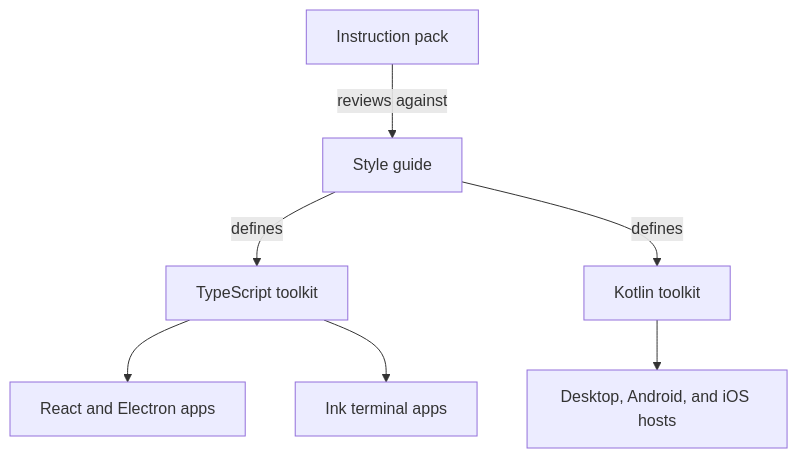
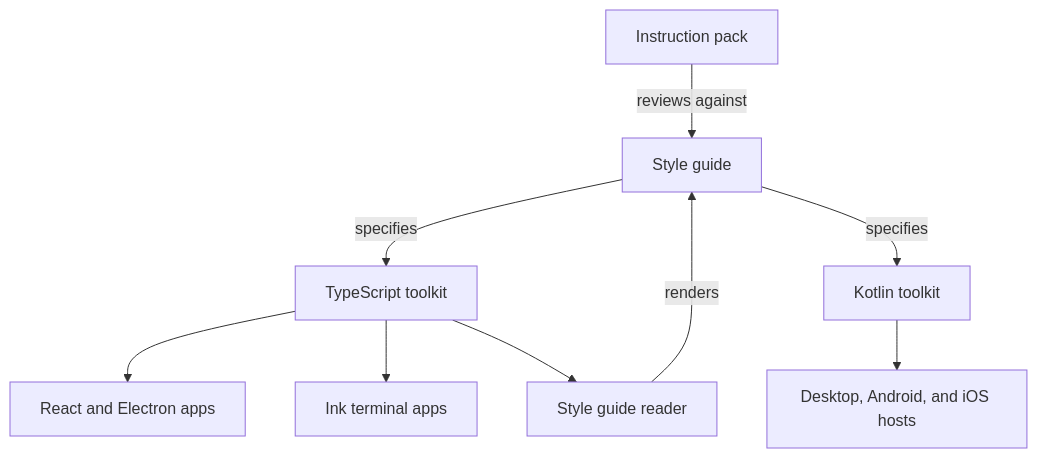
The diagram in wiki/areas/engineering-toolkits/systems/oracle/overview.md (StarCruiseStudios/Agent), drawn with Mermaid before and after one commit. The commit also changed other lines of this file and 10 other files, not shown here.

````diff
--- a/wiki/areas/engineering-toolkits/systems/oracle/overview.md
+++ b/wiki/areas/engineering-toolkits/systems/oracle/overview.md
@@ -46,9 +50,11 @@
 ```mermaid
 flowchart TD
-    Guide["Style guide"] -->|defines| Ts["TypeScript toolkit"]
-    Guide -->|defines| Kt["Kotlin toolkit"]
+    Guide["Style guide"] -->|specifies| Ts["TypeScript toolkit"]
+    Guide -->|specifies| Kt["Kotlin toolkit"]
     Pack["Instruction pack"] -->|reviews against| Guide
     Ts --> Apps["React and Electron apps"]
     Ts --> Terminal["Ink terminal apps"]
+    Ts --> Reader["Style guide reader"]
+    Reader -->|renders| Guide
     Kt --> Hosts["Desktop, Android, and iOS hosts"]
 ```
````
